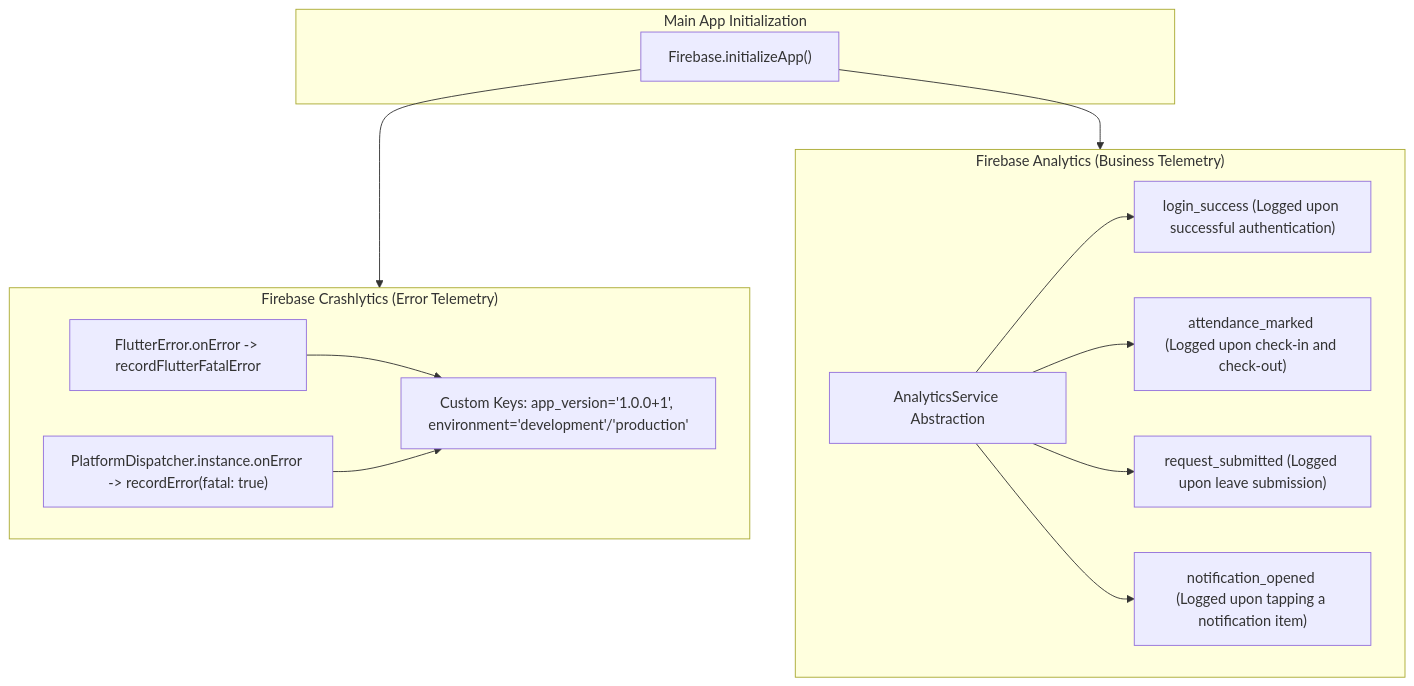
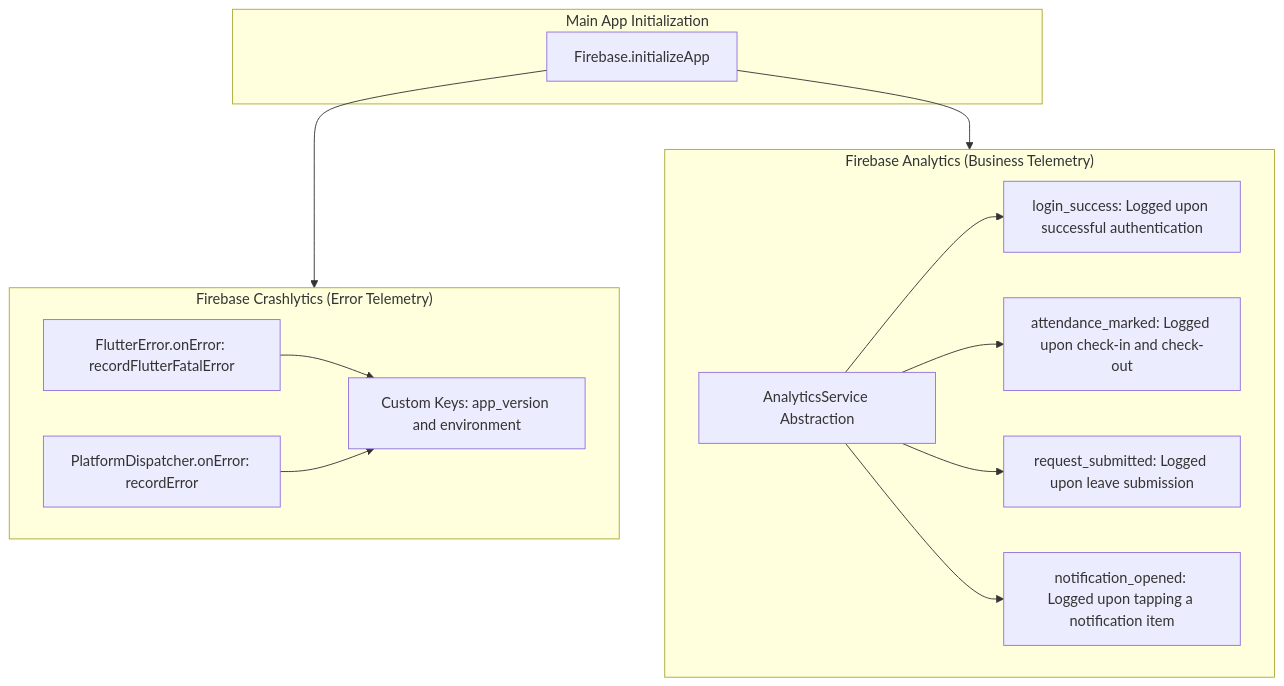
One commit to Aravindan-001/icore-ess changed the tenth of 15 diagrams in ARCHITECTURE.md. Above: the diagram before and after it, drawn with Mermaid. The commit also changed other lines of this file, not shown here.

Commit message:
docs: fix Mermaid architecture rendering

````diff
--- a/ARCHITECTURE.md
+++ b/ARCHITECTURE.md
@@ -556,32 +556,32 @@
 ```mermaid
 flowchart TD
     subgraph Init ["Main App Initialization"]
-        MAIN_INIT["Firebase.initializeApp()"]
+        MAIN_INIT["Firebase.initializeApp"]
     end
 
     subgraph Crashlytics ["Firebase Crashlytics (Error Telemetry)"]
-        FATAL_ERR["FlutterError.onError -> recordFlutterFatalError"]
-        ASYNC_ERR["PlatformDispatcher.instance.onError -> recordError(fatal: true)"]
-        META["Custom Keys: app_version='1.0.0+1', environment='development'/'production'"]
+        FATAL_ERR["FlutterError.onError: recordFlutterFatalError"]
+        ASYNC_ERR["PlatformDispatcher.onError: recordError"]
+        META["Custom Keys: app_version and environment"]
     end
 
     subgraph Analytics ["Firebase Analytics (Business Telemetry)"]
         SVC_LAYER["AnalyticsService Abstraction"]
 
-        EV1["login_success (Logged upon successful authentication)"]
-        EV2["attendance_marked (Logged upon check-in and check-out)"]
-        EV3["request_submitted (Logged upon leave submission)"]
-        EV4["notification_opened (Logged upon tapping a notification item)"]
+        EV1["login_success: Logged upon successful authentication"]
+        EV2["attendance_marked: Logged upon check-in and check-out"]
+        EV3["request_submitted: Logged upon leave submission"]
+        EV4["notification_opened: Logged upon tapping a notification item"]
     end
 
     MAIN_INIT --> Crashlytics
     MAIN_INIT --> Analytics
 
     FATAL_ERR --> META
     ASYNC_ERR --> META
 
     SVC_LAYER --> EV1
     SVC_LAYER --> EV2
     SVC_LAYER --> EV3
     SVC_LAYER --> EV4
 ```
````
